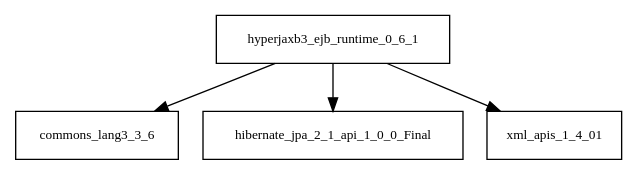
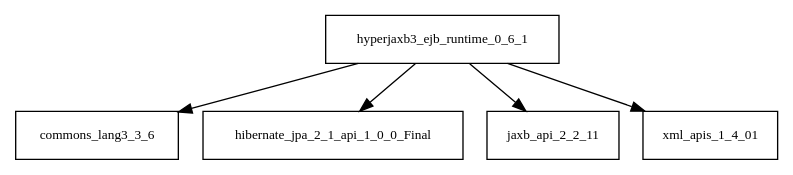
The diagram in tattleTaleReport/graphviz/hyperjaxb3-ejb-runtime-0.6.1.jar/hyperjaxb3-ejb-runtime-0.6.1.jar.dot (AglaianWoman/cia), drawn with Graphviz before and after one commit. The commit also changed 2443 other files, not shown here.

```diff
--- a/tattleTaleReport/graphviz/hyperjaxb3-ejb-runtime-0.6.1.jar/hyperjaxb3-ejb-runtime-0.6.1.jar.dot
+++ b/tattleTaleReport/graphviz/hyperjaxb3-ejb-runtime-0.6.1.jar/hyperjaxb3-ejb-runtime-0.6.1.jar.dot
@@ -1,6 +1,7 @@
 digraph hyperjaxb3_ejb_runtime_0_6_1_dependencies {
   node [shape = box, fontsize=10.0];
   hyperjaxb3_ejb_runtime_0_6_1 -> commons_lang3_3_6;
   hyperjaxb3_ejb_runtime_0_6_1 -> hibernate_jpa_2_1_api_1_0_0_Final;
+  hyperjaxb3_ejb_runtime_0_6_1 -> jaxb_api_2_2_11;
   hyperjaxb3_ejb_runtime_0_6_1 -> xml_apis_1_4_01;
 }
```
